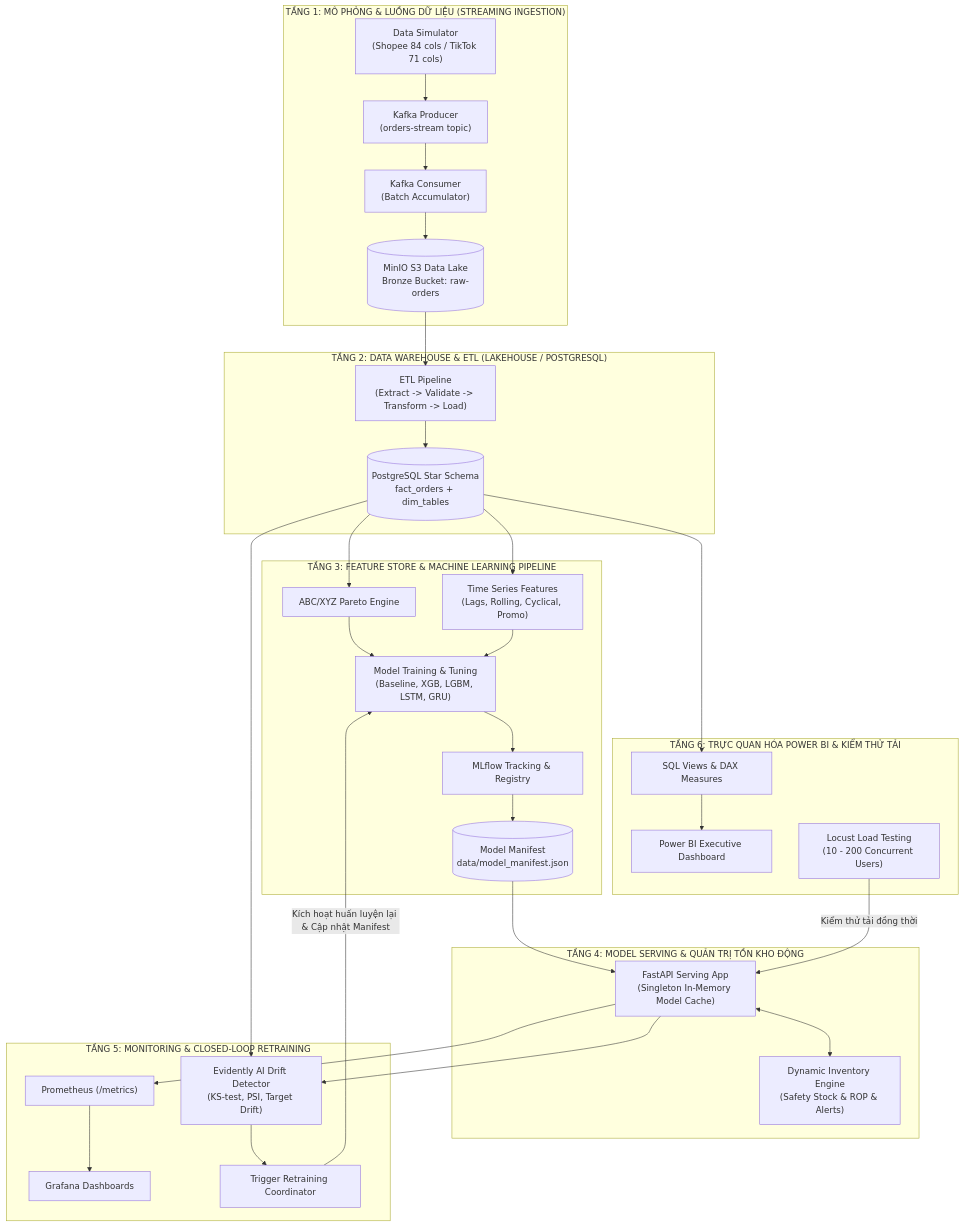
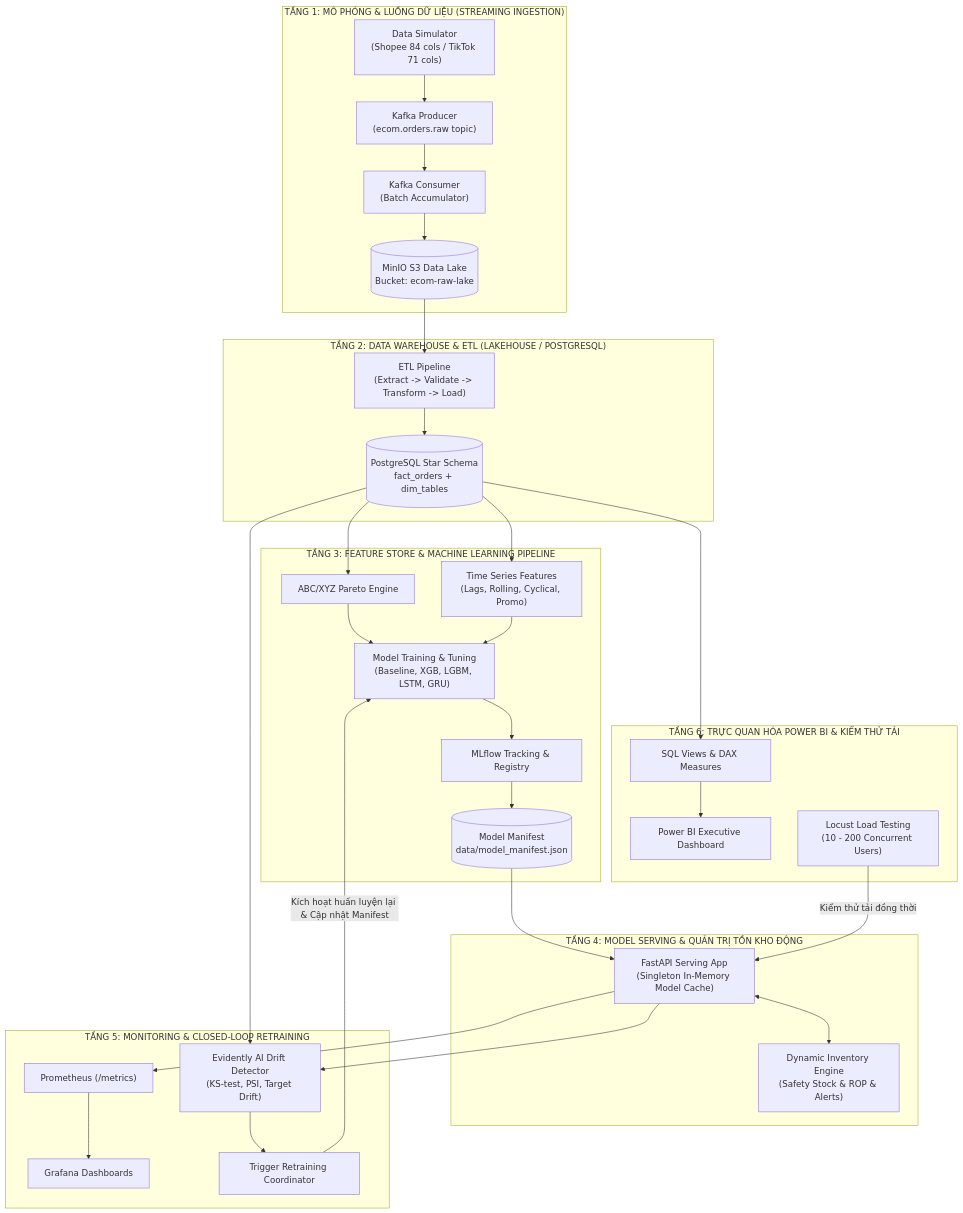
One commit to nolanminhdinh/Streaming-MLOps-Ecommerce changed the diagram in PROJECT_CONTEXT.md. Above: the diagram before and after it, drawn with Mermaid. The commit also changed other lines of this file and 35 other files, not shown here.

Commit message:
fix: stabilize end-to-end pipeline flow

````diff
--- a/PROJECT_CONTEXT.md
+++ b/PROJECT_CONTEXT.md
@@ -42,54 +44,54 @@
 ```mermaid
 flowchart TB
     subgraph S1["TẦNG 1: MÔ PHỎNG & LUỒNG DỮ LIỆU (STREAMING INGESTION)"]
         DS["Data Simulator<br/>(Shopee 84 cols / TikTok 71 cols)"]
-        KP["Kafka Producer<br/>(orders-stream topic)"]
+        KP["Kafka Producer<br/>(ecom.orders.raw topic)"]
         KC["Kafka Consumer<br/>(Batch Accumulator)"]
-        MINIO[("MinIO S3 Data Lake<br/>Bronze Bucket: raw-orders")]
+        MINIO[("MinIO S3 Data Lake<br/>Bucket: ecom-raw-lake")]
         DS --> KP --> KC --> MINIO
     end
 
     subgraph S2["TẦNG 2: DATA WAREHOUSE & ETL (LAKEHOUSE / POSTGRESQL)"]
         ETL["ETL Pipeline<br/>(Extract -> Validate -> Transform -> Load)"]
         PG[("PostgreSQL Star Schema<br/>fact_orders + dim_tables")]
         MINIO --> ETL --> PG
     end
 
     subgraph S3["TẦNG 3: FEATURE STORE & MACHINE LEARNING PIPELINE"]
         ABC["ABC/XYZ Pareto Engine"]
         TSF["Time Series Features<br/>(Lags, Rolling, Cyclical, Promo)"]
         TRAIN["Model Training & Tuning<br/>(Baseline, XGB, LGBM, LSTM, GRU)"]
         MLFLOW["MLflow Tracking & Registry"]
         MANIFEST[("Model Manifest<br/>data/model_manifest.json")]
         
         PG --> ABC & TSF --> TRAIN
         TRAIN --> MLFLOW --> MANIFEST
     end
 
     subgraph S4["TẦNG 4: MODEL SERVING & QUẢN TRỊ TỒN KHO ĐỘNG"]
         API["FastAPI Serving App<br/>(Singleton In-Memory Model Cache)"]
         INV["Dynamic Inventory Engine<br/>(Safety Stock & ROP & Alerts)"]
         MANIFEST --> API
         API <--> INV
     end
 
     subgraph S5["TẦNG 5: MONITORING & CLOSED-LOOP RETRAINING"]
         PROM["Prometheus (/metrics)"]
         GRAF["Grafana Dashboards"]
         DRIFT["Evidently AI Drift Detector<br/>(KS-test, PSI, Target Drift)"]
         RETRAIN["Trigger Retraining Coordinator"]
         
         API --> PROM --> GRAF
         PG & API --> DRIFT --> RETRAIN
         RETRAIN -->|"Kích hoạt huấn luyện lại & Cập nhật Manifest"| TRAIN
     end
 
     subgraph S6["TẦNG 6: TRỰC QUAN HÓA POWER BI & KIỂM THỬ TẢI"]
         VIEWS["SQL Views & DAX Measures"]
         PBI["Power BI Executive Dashboard"]
         LOCUST["Locust Load Testing<br/>(10 - 200 Concurrent Users)"]
         
         PG --> VIEWS --> PBI
         LOCUST -->|"Kiểm thử tải đồng thời"| API
     end
 ```
````
